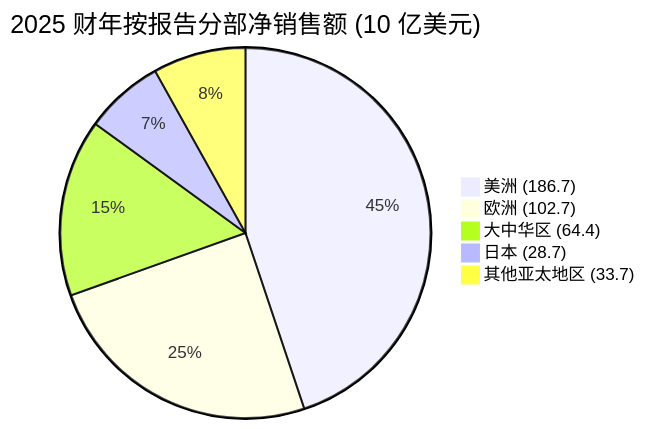
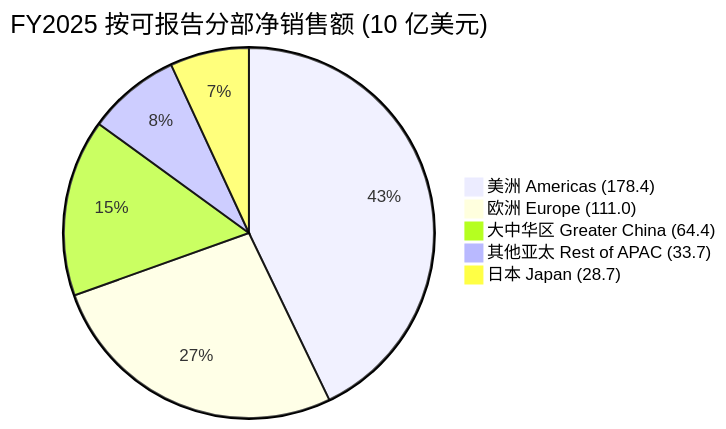
Before and after one commit to dadachundan/financial_agent: the third of 4 diagrams in reports/company/Apple_NASDAQ_AAPL/Apple_NASDAQ_AAPL_公司研究.md, drawn with Mermaid. The commit also changed other lines of this file and 9 other files, not shown here.

First line of the commit message:
feat(company-research): refresh Apple (AAPL) to current spec — Overweight $325, decision layer + full SVG chart suite

````diff
--- a/reports/company/Apple_NASDAQ_AAPL/Apple_NASDAQ_AAPL_公司研究.md
+++ b/reports/company/Apple_NASDAQ_AAPL/Apple_NASDAQ_AAPL_公司研究.md
@@ -214,8 +708,8 @@
 ```mermaid
-pie title 2025 财年按报告分部净销售额 (10 亿美元)
-    "美洲 (186.7)" : 186.699
-    "欧洲 (102.7)" : 102.686
-    "大中华区 (64.4)" : 64.377
-    "日本 (28.7)" : 28.703
-    "其他亚太地区 (33.7)" : 33.696
+pie title FY2025 按可报告分部净销售额 (10 亿美元)
+    "美洲 Americas (178.4)" : 178.353
+    "欧洲 Europe (111.0)" : 111.032
+    "大中华区 Greater China (64.4)" : 64.377
+    "其他亚太 Rest of APAC (33.7)" : 33.696
+    "日本 Japan (28.7)" : 28.703
 ```
````
